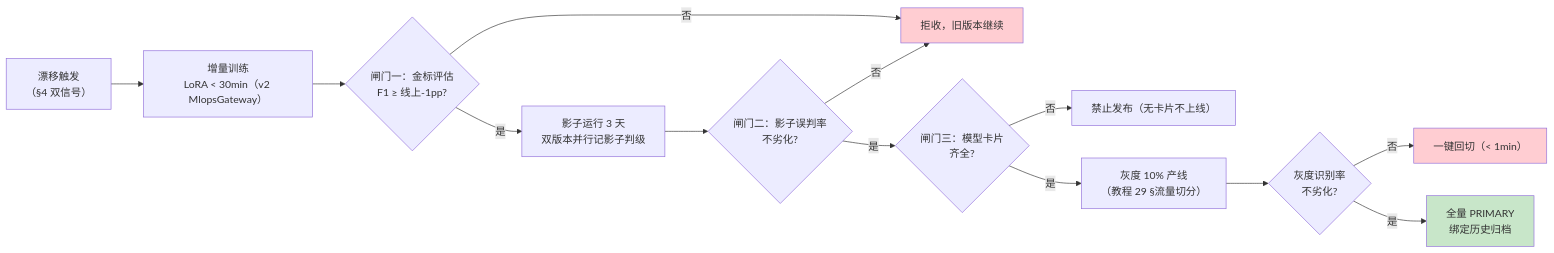
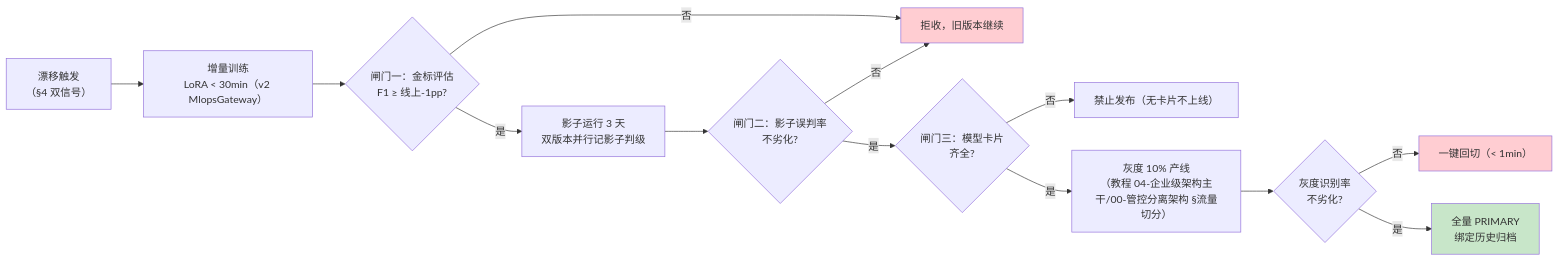
One commit to UranusGit/java-agent-learn changed the third of 4 diagrams in docs/项目/11-工业质检与预测性维护/12-预测性维护模型管理.md. Above: the diagram before and after it, drawn with Mermaid. The commit also changed other lines of this file and 634 other files, not shown here.

````diff
--- a/docs/项目/11-工业质检与预测性维护/12-预测性维护模型管理.md
+++ b/docs/项目/11-工业质检与预测性维护/12-预测性维护模型管理.md
@@ -301,18 +301,18 @@
 ```mermaid
 flowchart LR
     DRIFT["漂移触发<br/>（§4 双信号）"] --> TRAIN["增量训练<br/>LoRA < 30min（v2 MlopsGateway）"]
     TRAIN --> G1{"闸门一：金标评估<br/>F1 ≥ 线上-1pp?"}
     G1 -->|否| REJECT["拒收，旧版本继续"]
     G1 -->|是| SHADOW["影子运行 3 天<br/>双版本并行记影子判级"]
     SHADOW --> G2{"闸门二：影子误判率<br/>不劣化?"}
     G2 -->|否| REJECT
     G2 -->|是| CARD{"闸门三：模型卡片<br/>齐全?"}
     CARD -->|否| BLOCK["禁止发布（无卡片不上线）"]
-    CARD -->|是| GRAY["灰度 10% 产线<br/>（教程 29 §流量切分）"]
+    CARD -->|是| GRAY["灰度 10% 产线<br/>（教程 04-企业级架构主干/00-管控分离架构 §流量切分）"]
     GRAY --> G3{"灰度识别率<br/>不劣化?"}
     G3 -->|否| ROLLBACK["一键回切（< 1min）"]
     G3 -->|是| FULL["全量 PRIMARY<br/>绑定历史归档"]
     style REJECT fill:#ffcdd2
     style ROLLBACK fill:#ffcdd2
     style FULL fill:#c8e6c9
 ```
````
